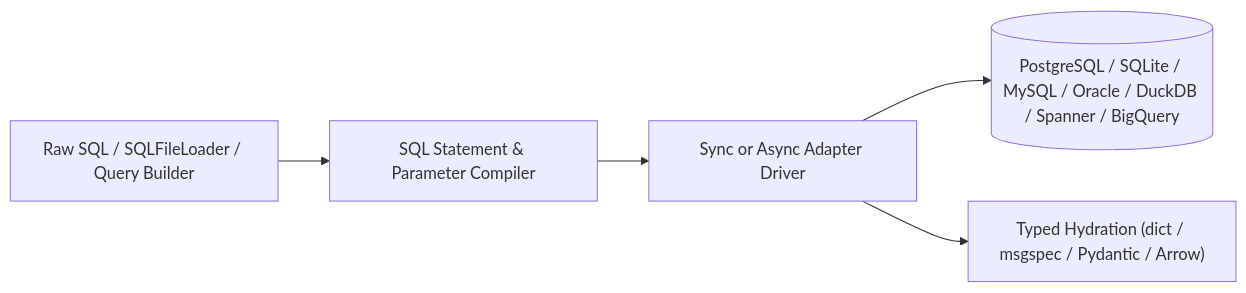
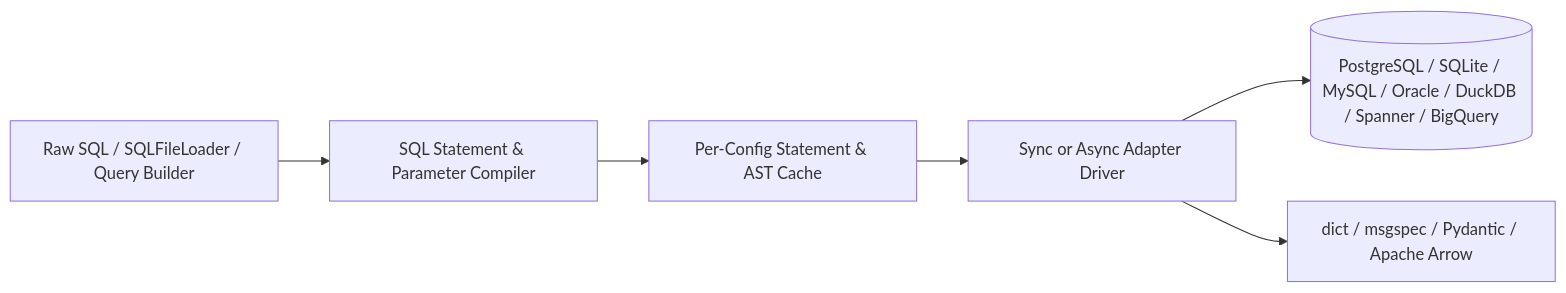
One commit to litestar-org/sqlspec changed the diagram in docs/index.md. Above: the diagram before and after it, drawn with Mermaid. The commit also changed other lines of this file and 24 other files, not shown here.

````diff
--- a/docs/index.md
+++ b/docs/index.md
@@ -53,7 +52,8 @@
 ```mermaid
 flowchart LR
     SQL["Raw SQL / SQLFileLoader / Query Builder"] --> Compiler["SQL Statement & Parameter Compiler"]
-    Compiler --> Driver["Sync or Async Adapter Driver"]
+    Compiler --> Cache["Per-Config Statement & AST Cache"]
+    Cache --> Driver["Sync or Async Adapter Driver"]
     Driver --> DB[("PostgreSQL / SQLite / MySQL / Oracle / DuckDB / Spanner / BigQuery")]
-    Driver --> Hydration["Typed Hydration (dict / msgspec / Pydantic / Arrow)"]
+    Driver --> Output["dict / msgspec / Pydantic / Apache Arrow"]
 ```
````
